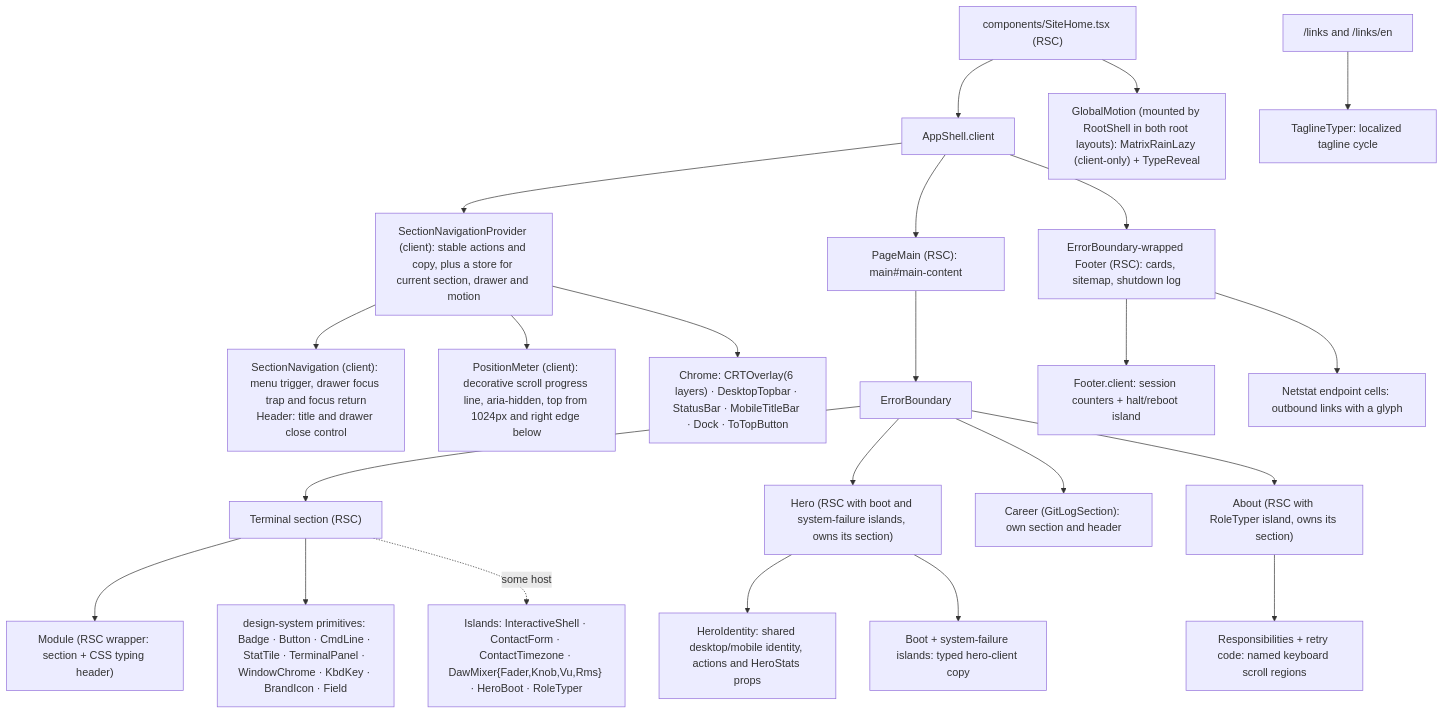
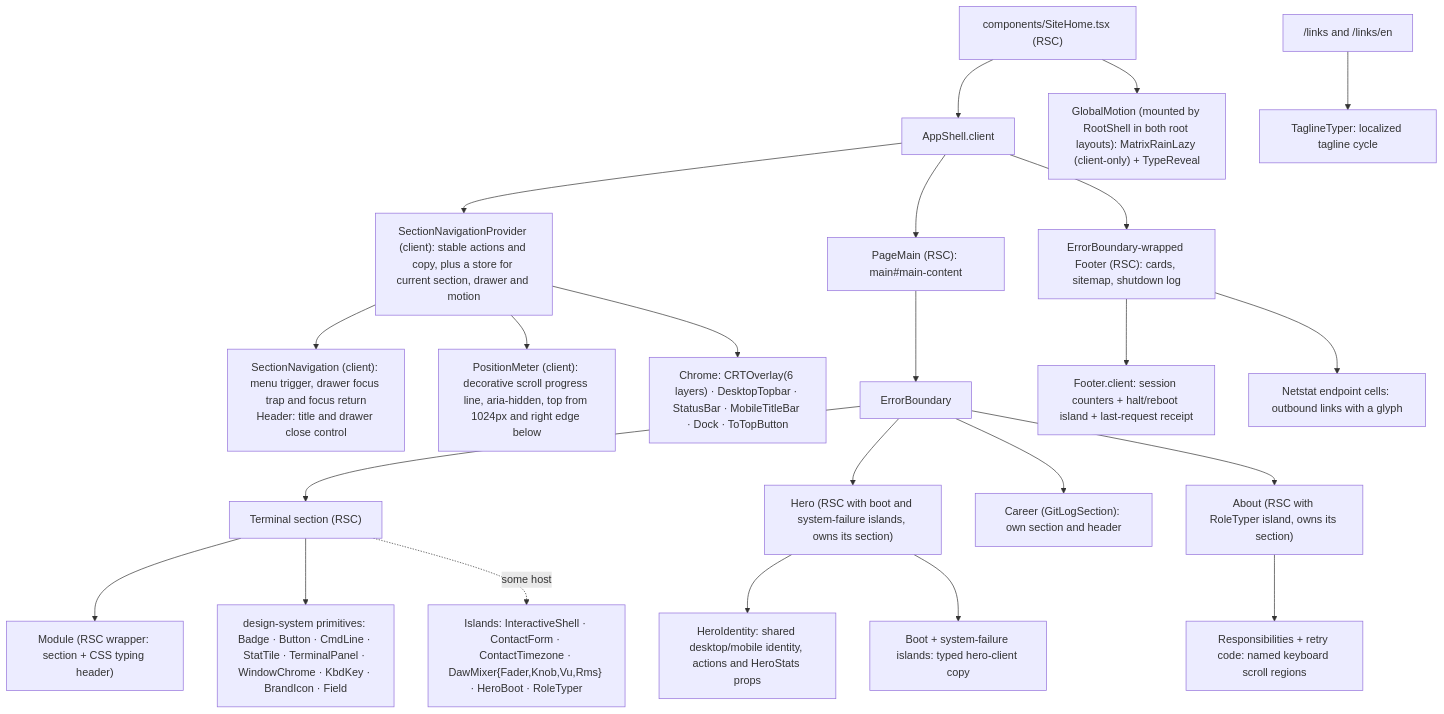
Before and after one commit to erikunha/portfolio: the first of 2 diagrams in docs/04-components-and-state.md, drawn with Mermaid. The commit also changed other lines of this file and 3 other files, not shown here.

First line of the commit message:
docs(privacy): describe the req= trailer, privacy command, footer receipt and 91-date sweep

````diff
--- a/docs/04-components-and-state.md
+++ b/docs/04-components-and-state.md
@@ -32,25 +32,25 @@
 ```mermaid
 flowchart TD
     page["components/SiteHome.tsx (RSC)"] --> shell["AppShell.client"]
     shell --> navigation["SectionNavigationProvider (client): stable actions and copy, plus a store for current section, drawer and motion"]
     navigation --> rail["SectionNavigation (client): menu trigger, drawer focus trap and focus return<br/>Header: title and drawer close control"]
     navigation --> position["PositionMeter (client): decorative scroll progress line, aria-hidden, top from 1024px and right edge below"]
     navigation --> chrome["Chrome: CRTOverlay(6 layers) · DesktopTopbar · StatusBar · MobileTitleBar · Dock · ToTopButton"]
     page --> gm["GlobalMotion (mounted by RootShell in both root layouts): MatrixRainLazy (client-only) + TypeReveal"]
     shell --> main["PageMain (RSC): main#main-content"]
     main --> eb["ErrorBoundary"]
     eb --> sec["Terminal section (RSC)"]
     sec --> mod["Module (RSC wrapper: section + CSS typing header)"]
     sec --> dsp["design-system primitives: Badge · Button · CmdLine · StatTile · TerminalPanel · WindowChrome · KbdKey · BrandIcon · Field"]
     sec -. some host .-> isl["Islands: InteractiveShell · ContactForm · ContactTimezone · DawMixer{Fader,Knob,Vu,Rms} · HeroBoot · RoleTyper"]
     eb --> hero["Hero (RSC with boot and system-failure islands, owns its section)"]
     hero --> identity["HeroIdentity: shared desktop/mobile identity, actions and HeroStats props"]
     hero --> clientcopy["Boot + system-failure islands: typed hero-client copy"]
     eb --> career["Career (GitLogSection): own section and header"]
     eb --> about["About (RSC with RoleTyper island, owns its section)"]
     about --> scroll["Responsibilities + retry code: named keyboard scroll regions"]
     shell --> fl["ErrorBoundary-wrapped Footer (RSC): cards, sitemap, shutdown log"]
-    fl --> fi["Footer.client: session counters + halt/reboot island"]
+    fl --> fi["Footer.client: session counters + halt/reboot island + last-request receipt"]
     fl --> fc["Netstat endpoint cells: outbound links with a glyph"]
     links["/links and /links/en"] --> tagline["TaglineTyper: localized tagline cycle"]
 ```
````
